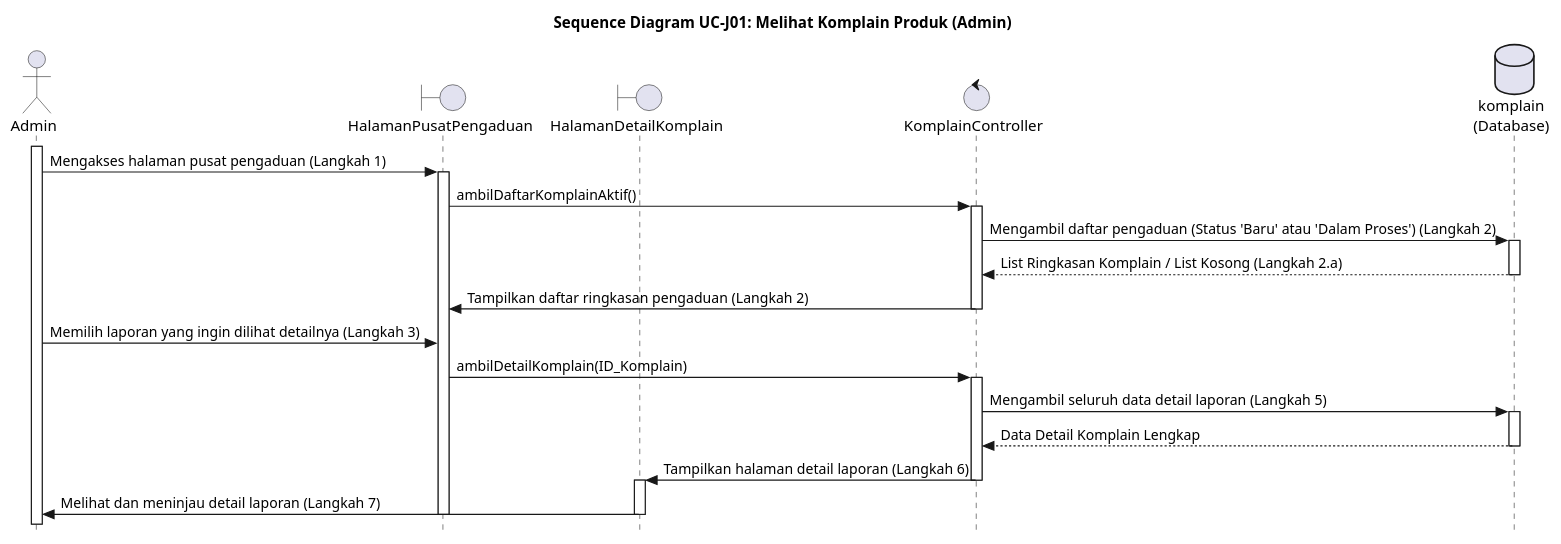
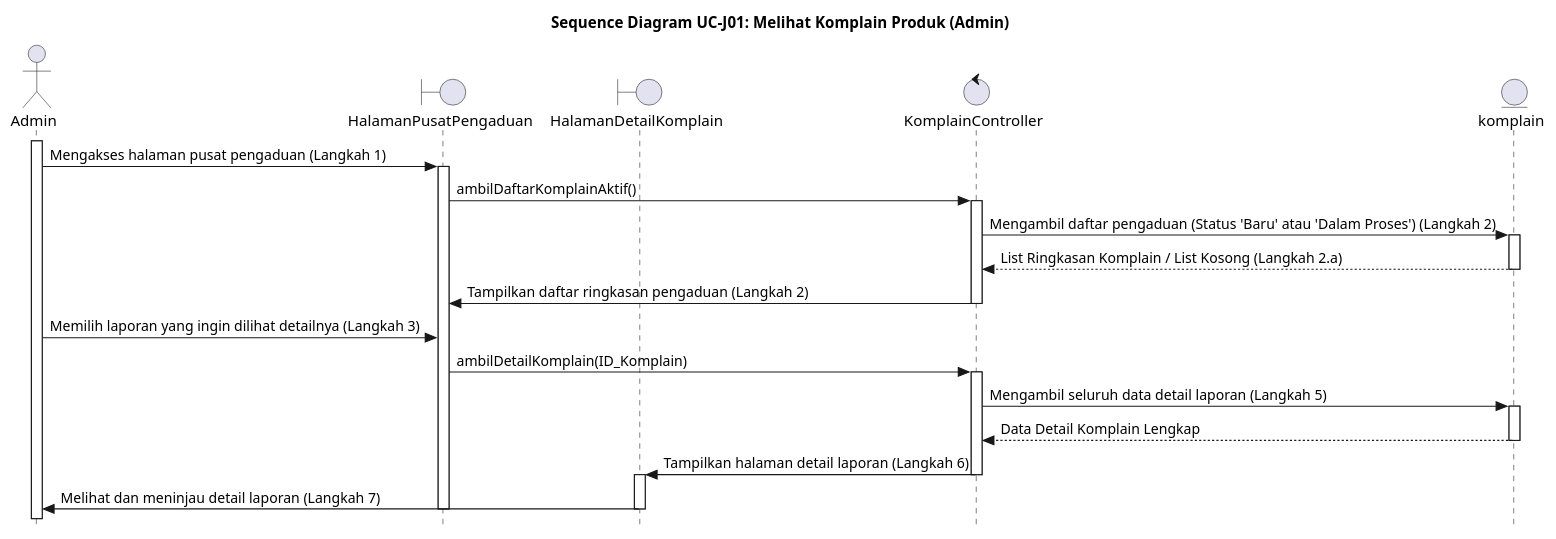
Before and after one commit to alfiahnurfa/RSI-PROYEK-AKHIR-SEQUENCE: the diagram in UC-J01.PUML, drawn with PlantUML. The commit also changed 54 other files, not shown here.

Commit message:
revisi database ke entity

```diff
--- a/UC-J01.PUML
+++ b/UC-J01.PUML
@@ -1,63 +1,63 @@
 @startuml SD-UC-J01_MelihatKomplainProduk
 title Sequence Diagram UC-J01: Melihat Komplain Produk (Admin)
 skinparam style strictuml
 
 actor Admin
 boundary HalamanPusatPengaduan
 boundary HalamanDetailKomplain
 control KomplainController
-database komplain as "komplain\n(Database)"
+entity komplain
 
 ' box "Sistem Penanganan Komplain"
 '     participant HalamanPusatPengaduan
 '     participant HalamanDetailKomplain
 '     participant KomplainController
 ' end box
 
 activate Admin
 Admin -> HalamanPusatPengaduan : Mengakses halaman pusat pengaduan (Langkah 1)
 activate HalamanPusatPengaduan
 
 HalamanPusatPengaduan -> KomplainController : ambilDaftarKomplainAktif()
 activate KomplainController
 
 KomplainController -> komplain : Mengambil daftar pengaduan (Status 'Baru' atau 'Dalam Proses') (Langkah 2)
 activate komplain
 return List Ringkasan Komplain / List Kosong (Langkah 2.a)
 deactivate komplain
 
 KomplainController -> HalamanPusatPengaduan : Tampilkan daftar ringkasan pengaduan (Langkah 2)
 deactivate KomplainController
 
 Admin -> HalamanPusatPengaduan : Memilih laporan yang ingin dilihat detailnya (Langkah 3)
 
 HalamanPusatPengaduan -> KomplainController : ambilDetailKomplain(ID_Komplain)
 activate KomplainController
 
 KomplainController -> komplain : Mengambil seluruh data detail laporan (Langkah 5)
 activate komplain
 return Data Detail Komplain Lengkap
 deactivate komplain
 
 KomplainController -> HalamanDetailKomplain : Tampilkan halaman detail laporan (Langkah 6)
 deactivate KomplainController
 activate HalamanDetailKomplain
 
 HalamanDetailKomplain -> Admin : Melihat dan meninjau detail laporan (Langkah 7)
 deactivate HalamanDetailKomplain
 
 ' alt Jika Komplain Ditemukan (Main Flow)
 
 
 ' else Jika Daftar Komplain Kosong (Alternative Flow 2.a)
 '     note over KomplainController
 '         List Komplain Kosong
 '     end note
 '     KomplainController -> HalamanPusatPengaduan : Tampilkan notifikasi("Tidak ada laporan pengaduan...") (Langkah 3.a)
 '     deactivate KomplainController
 
 '     HalamanPusatPengaduan -> Admin : Menerima notifikasi daftar kosong
 ' end alt
 deactivate HalamanPusatPengaduan
 
 @enduml
```
